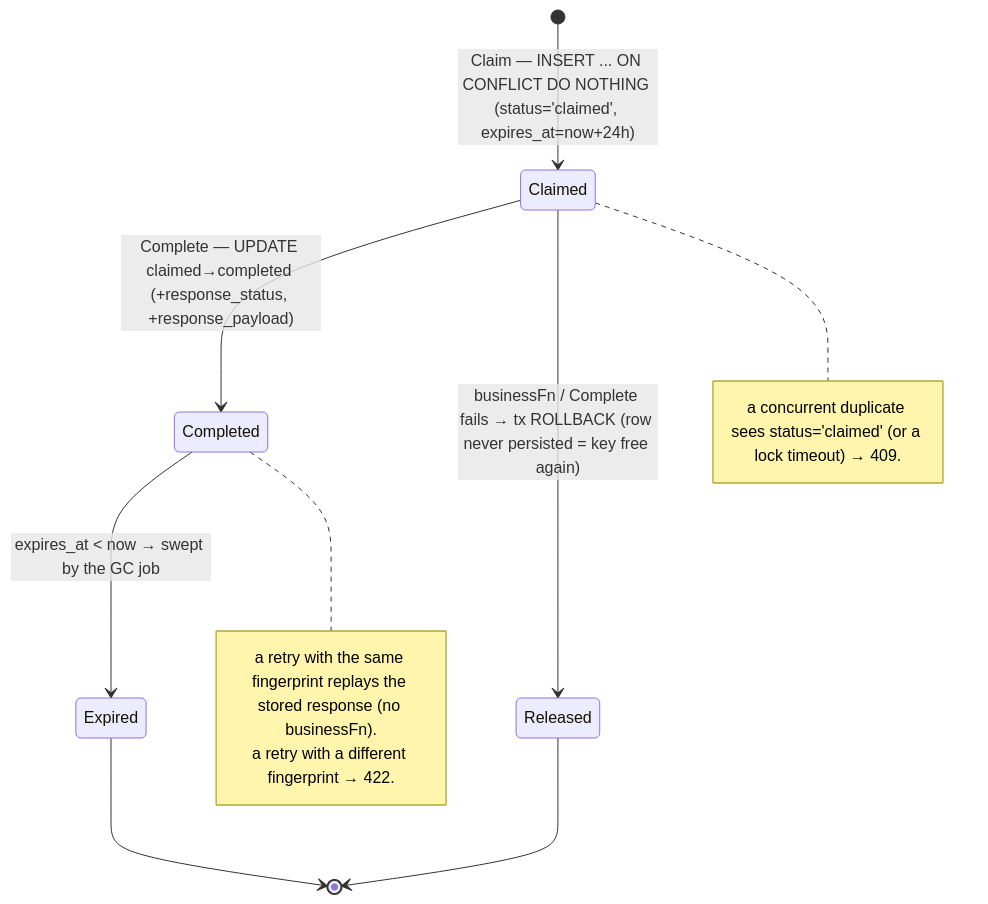
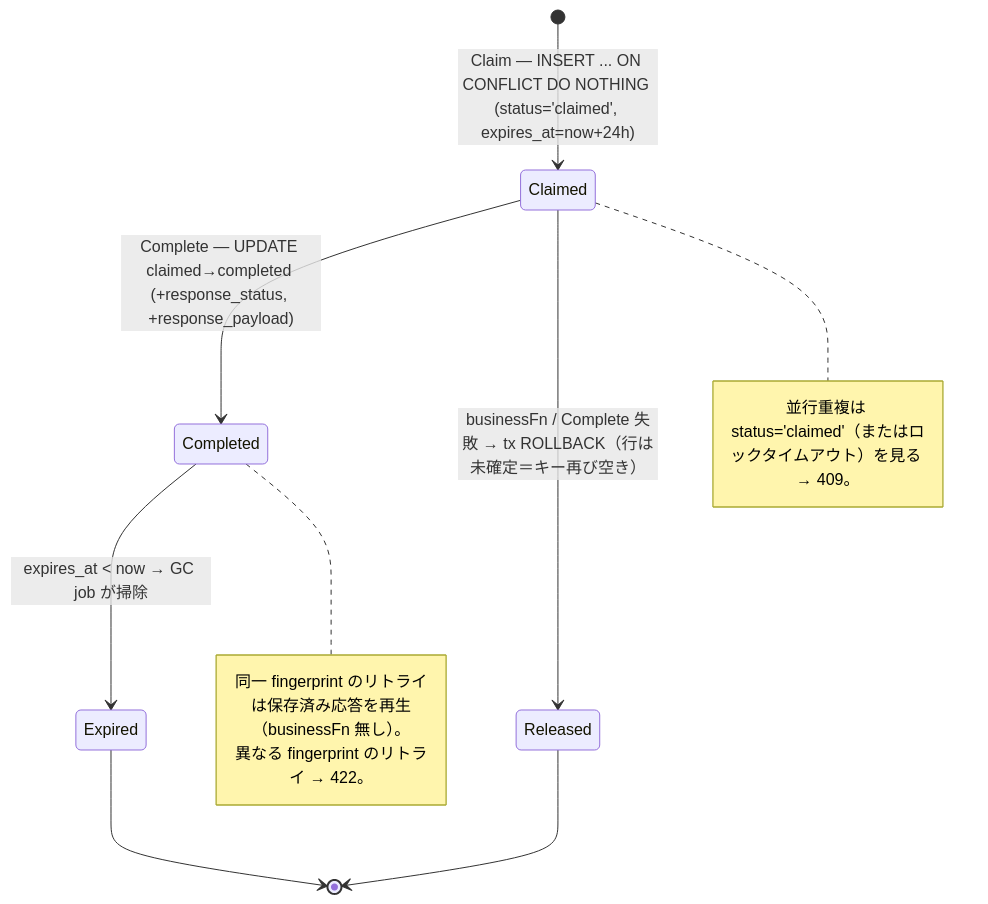
Before and after one commit to Tomy-ch/go-boilerplate: the first of 6 diagrams in docs/design/idempotency.md, drawn with Mermaid. The commit also changed other lines of this file and 970 other files, not shown here.

````diff
--- a/docs/design/idempotency.md
+++ b/docs/design/idempotency.md
@@ -36,17 +36,17 @@
 ```mermaid
 stateDiagram-v2
     [*] --> Claimed: Claim — INSERT ... ON CONFLICT DO NOTHING (status='claimed', expires_at=now+24h)
     Claimed --> Completed: Complete — UPDATE claimed→completed (+response_status, +response_payload)
-    Claimed --> Released: businessFn / Complete fails → tx ROLLBACK (row never persisted = key free again)
-    Completed --> Expired: expires_at < now → swept by the GC job
+    Claimed --> Released: businessFn / Complete 失敗 → tx ROLLBACK（行は未確定＝キー再び空き）
+    Completed --> Expired: expires_at < now → GC job が掃除
     Released --> [*]
     Expired --> [*]
 
     note right of Claimed
-      a concurrent duplicate sees status='claimed' (or a lock timeout) → 409.
+      並行重複は status='claimed'（またはロックタイムアウト）を見る → 409。
     end note
     note right of Completed
-      a retry with the same fingerprint replays the stored response (no businessFn).
-      a retry with a different fingerprint → 422.
+      同一 fingerprint のリトライは保存済み応答を再生（businessFn 無し）。
+      異なる fingerprint のリトライ → 422。
     end note
 ```
````
